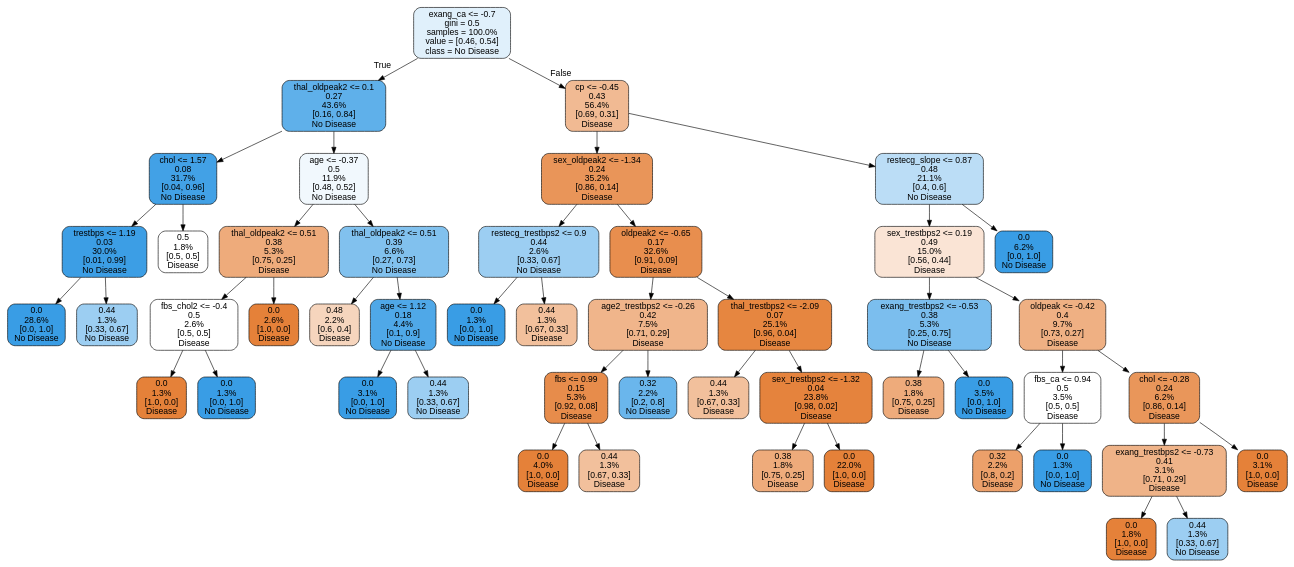
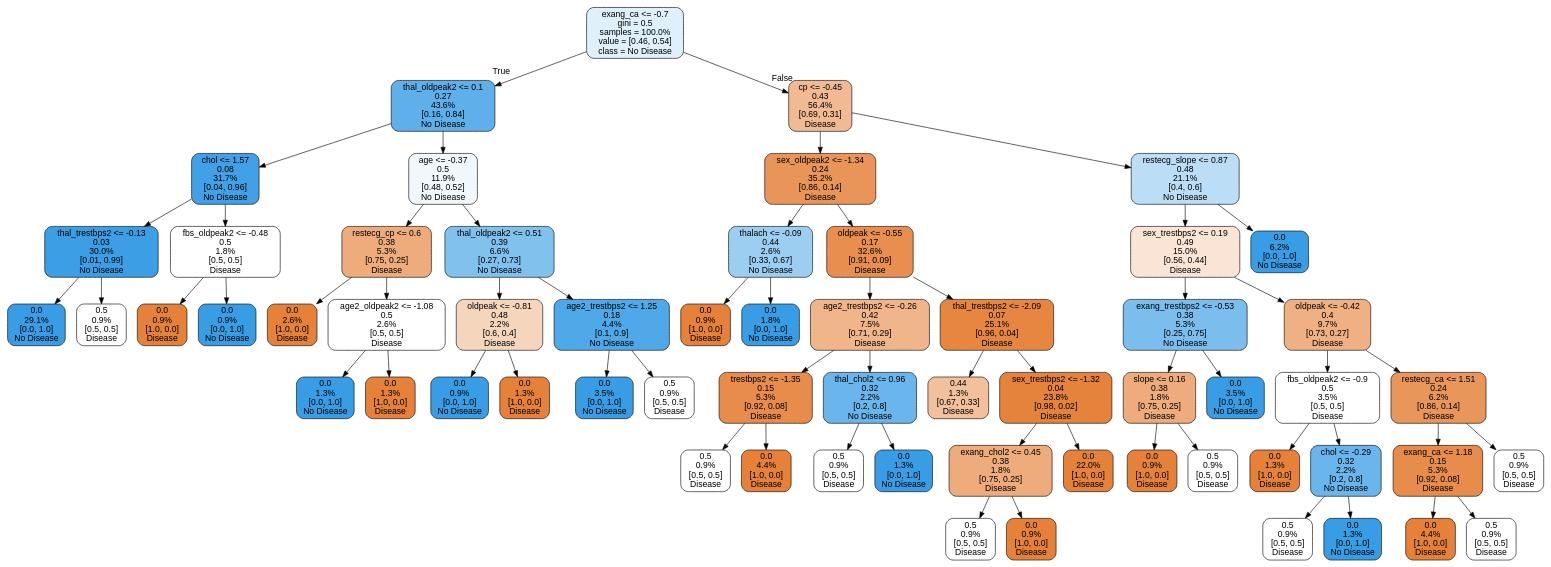
The diagram in research/tree.dot (zeydlitz/api_for_ml), drawn with Graphviz before and after one commit. The commit also changed 5 other files, not shown here.

```diff
--- a/research/tree.dot
+++ b/research/tree.dot
@@ -1,101 +1,125 @@
 digraph Tree {
 node [shape=box, style="filled, rounded", color="black", fontname=helvetica] ;
 edge [fontname=helvetica] ;
 0 [label="exang_ca <= -0.7\ngini = 0.5\nsamples = 100.0%\nvalue = [0.46, 0.54]\nclass = No Disease", fillcolor="#e0f0fb"] ;
 1 [label="thal_oldpeak2 <= 0.1\n0.27\n43.6%\n[0.16, 0.84]\nNo Disease", fillcolor="#5fb0ea"] ;
 0 -> 1 [labeldistance=2.5, labelangle=45, headlabel="True"] ;
 2 [label="chol <= 1.57\n0.08\n31.7%\n[0.04, 0.96]\nNo Disease", fillcolor="#42a1e6"] ;
 1 -> 2 ;
-3 [label="trestbps <= 1.19\n0.03\n30.0%\n[0.01, 0.99]\nNo Disease", fillcolor="#3c9ee5"] ;
+3 [label="thal_trestbps2 <= -0.13\n0.03\n30.0%\n[0.01, 0.99]\nNo Disease", fillcolor="#3c9ee5"] ;
 2 -> 3 ;
-4 [label="0.0\n28.6%\n[0.0, 1.0]\nNo Disease", fillcolor="#399de5"] ;
+4 [label="0.0\n29.1%\n[0.0, 1.0]\nNo Disease", fillcolor="#399de5"] ;
 3 -> 4 ;
-5 [label="0.44\n1.3%\n[0.33, 0.67]\nNo Disease", fillcolor="#9ccef2"] ;
+5 [label="0.5\n0.9%\n[0.5, 0.5]\nDisease", fillcolor="#ffffff"] ;
 3 -> 5 ;
-6 [label="0.5\n1.8%\n[0.5, 0.5]\nDisease", fillcolor="#ffffff"] ;
+6 [label="fbs_oldpeak2 <= -0.48\n0.5\n1.8%\n[0.5, 0.5]\nDisease", fillcolor="#ffffff"] ;
 2 -> 6 ;
-7 [label="age <= -0.37\n0.5\n11.9%\n[0.48, 0.52]\nNo Disease", fillcolor="#f1f8fd"] ;
-1 -> 7 ;
-8 [label="thal_oldpeak2 <= 0.51\n0.38\n5.3%\n[0.75, 0.25]\nDisease", fillcolor="#eeab7b"] ;
-7 -> 8 ;
-9 [label="fbs_chol2 <= -0.4\n0.5\n2.6%\n[0.5, 0.5]\nDisease", fillcolor="#ffffff"] ;
-8 -> 9 ;
-10 [label="0.0\n1.3%\n[1.0, 0.0]\nDisease", fillcolor="#e58139"] ;
+7 [label="0.0\n0.9%\n[1.0, 0.0]\nDisease", fillcolor="#e58139"] ;
+6 -> 7 ;
+8 [label="0.0\n0.9%\n[0.0, 1.0]\nNo Disease", fillcolor="#399de5"] ;
+6 -> 8 ;
+9 [label="age <= -0.37\n0.5\n11.9%\n[0.48, 0.52]\nNo Disease", fillcolor="#f1f8fd"] ;
+1 -> 9 ;
+10 [label="restecg_cp <= 0.6\n0.38\n5.3%\n[0.75, 0.25]\nDisease", fillcolor="#eeab7b"] ;
 9 -> 10 ;
-11 [label="0.0\n1.3%\n[0.0, 1.0]\nNo Disease", fillcolor="#399de5"] ;
-9 -> 11 ;
-12 [label="0.0\n2.6%\n[1.0, 0.0]\nDisease", fillcolor="#e58139"] ;
-8 -> 12 ;
-13 [label="thal_oldpeak2 <= 0.51\n0.39\n6.6%\n[0.27, 0.73]\nNo Disease", fillcolor="#81c1ee"] ;
-7 -> 13 ;
-14 [label="0.48\n2.2%\n[0.6, 0.4]\nDisease", fillcolor="#f6d5bd"] ;
-13 -> 14 ;
-15 [label="age <= 1.12\n0.18\n4.4%\n[0.1, 0.9]\nNo Disease", fillcolor="#4fa8e8"] ;
-13 -> 15 ;
-16 [label="0.0\n3.1%\n[0.0, 1.0]\nNo Disease", fillcolor="#399de5"] ;
+11 [label="0.0\n2.6%\n[1.0, 0.0]\nDisease", fillcolor="#e58139"] ;
+10 -> 11 ;
+12 [label="age2_oldpeak2 <= -1.08\n0.5\n2.6%\n[0.5, 0.5]\nDisease", fillcolor="#ffffff"] ;
+10 -> 12 ;
+13 [label="0.0\n1.3%\n[0.0, 1.0]\nNo Disease", fillcolor="#399de5"] ;
+12 -> 13 ;
+14 [label="0.0\n1.3%\n[1.0, 0.0]\nDisease", fillcolor="#e58139"] ;
+12 -> 14 ;
+15 [label="thal_oldpeak2 <= 0.51\n0.39\n6.6%\n[0.27, 0.73]\nNo Disease", fillcolor="#81c1ee"] ;
+9 -> 15 ;
+16 [label="oldpeak <= -0.81\n0.48\n2.2%\n[0.6, 0.4]\nDisease", fillcolor="#f6d5bd"] ;
 15 -> 16 ;
-17 [label="0.44\n1.3%\n[0.33, 0.67]\nNo Disease", fillcolor="#9ccef2"] ;
-15 -> 17 ;
-18 [label="cp <= -0.45\n0.43\n56.4%\n[0.69, 0.31]\nDisease", fillcolor="#f1ba93"] ;
-0 -> 18 [labeldistance=2.5, labelangle=-45, headlabel="False"] ;
-19 [label="sex_oldpeak2 <= -1.34\n0.24\n35.2%\n[0.86, 0.14]\nDisease", fillcolor="#e99559"] ;
-18 -> 19 ;
-20 [label="restecg_trestbps2 <= 0.9\n0.44\n2.6%\n[0.33, 0.67]\nNo Disease", fillcolor="#9ccef2"] ;
+17 [label="0.0\n0.9%\n[0.0, 1.0]\nNo Disease", fillcolor="#399de5"] ;
+16 -> 17 ;
+18 [label="0.0\n1.3%\n[1.0, 0.0]\nDisease", fillcolor="#e58139"] ;
+16 -> 18 ;
+19 [label="age2_trestbps2 <= 1.25\n0.18\n4.4%\n[0.1, 0.9]\nNo Disease", fillcolor="#4fa8e8"] ;
+15 -> 19 ;
+20 [label="0.0\n3.5%\n[0.0, 1.0]\nNo Disease", fillcolor="#399de5"] ;
 19 -> 20 ;
-21 [label="0.0\n1.3%\n[0.0, 1.0]\nNo Disease", fillcolor="#399de5"] ;
-20 -> 21 ;
-22 [label="0.44\n1.3%\n[0.67, 0.33]\nDisease", fillcolor="#f2c09c"] ;
-20 -> 22 ;
-23 [label="oldpeak2 <= -0.65\n0.17\n32.6%\n[0.91, 0.09]\nDisease", fillcolor="#e88e4e"] ;
-19 -> 23 ;
-24 [label="age2_trestbps2 <= -0.26\n0.42\n7.5%\n[0.71, 0.29]\nDisease", fillcolor="#f0b58b"] ;
+21 [label="0.5\n0.9%\n[0.5, 0.5]\nDisease", fillcolor="#ffffff"] ;
+19 -> 21 ;
+22 [label="cp <= -0.45\n0.43\n56.4%\n[0.69, 0.31]\nDisease", fillcolor="#f1ba93"] ;
+0 -> 22 [labeldistance=2.5, labelangle=-45, headlabel="False"] ;
+23 [label="sex_oldpeak2 <= -1.34\n0.24\n35.2%\n[0.86, 0.14]\nDisease", fillcolor="#e99559"] ;
+22 -> 23 ;
+24 [label="thalach <= -0.09\n0.44\n2.6%\n[0.33, 0.67]\nNo Disease", fillcolor="#9ccef2"] ;
 23 -> 24 ;
-25 [label="fbs <= 0.99\n0.15\n5.3%\n[0.92, 0.08]\nDisease", fillcolor="#e78c4b"] ;
+25 [label="0.0\n0.9%\n[1.0, 0.0]\nDisease", fillcolor="#e58139"] ;
 24 -> 25 ;
-26 [label="0.0\n4.0%\n[1.0, 0.0]\nDisease", fillcolor="#e58139"] ;
-25 -> 26 ;
-27 [label="0.44\n1.3%\n[0.67, 0.33]\nDisease", fillcolor="#f2c09c"] ;
-25 -> 27 ;
-28 [label="0.32\n2.2%\n[0.2, 0.8]\nNo Disease", fillcolor="#6ab6ec"] ;
-24 -> 28 ;
-29 [label="thal_trestbps2 <= -2.09\n0.07\n25.1%\n[0.96, 0.04]\nDisease", fillcolor="#e68640"] ;
-23 -> 29 ;
-30 [label="0.44\n1.3%\n[0.67, 0.33]\nDisease", fillcolor="#f2c09c"] ;
+26 [label="0.0\n1.8%\n[0.0, 1.0]\nNo Disease", fillcolor="#399de5"] ;
+24 -> 26 ;
+27 [label="oldpeak <= -0.55\n0.17\n32.6%\n[0.91, 0.09]\nDisease", fillcolor="#e88e4e"] ;
+23 -> 27 ;
+28 [label="age2_trestbps2 <= -0.26\n0.42\n7.5%\n[0.71, 0.29]\nDisease", fillcolor="#f0b58b"] ;
+27 -> 28 ;
+29 [label="trestbps2 <= -1.35\n0.15\n5.3%\n[0.92, 0.08]\nDisease", fillcolor="#e78c4b"] ;
+28 -> 29 ;
+30 [label="0.5\n0.9%\n[0.5, 0.5]\nDisease", fillcolor="#ffffff"] ;
 29 -> 30 ;
-31 [label="sex_trestbps2 <= -1.32\n0.04\n23.8%\n[0.98, 0.02]\nDisease", fillcolor="#e5833d"] ;
+31 [label="0.0\n4.4%\n[1.0, 0.0]\nDisease", fillcolor="#e58139"] ;
 29 -> 31 ;
-32 [label="0.38\n1.8%\n[0.75, 0.25]\nDisease", fillcolor="#eeab7b"] ;
-31 -> 32 ;
-33 [label="0.0\n22.0%\n[1.0, 0.0]\nDisease", fillcolor="#e58139"] ;
-31 -> 33 ;
-34 [label="restecg_slope <= 0.87\n0.48\n21.1%\n[0.4, 0.6]\nNo Disease", fillcolor="#bbddf6"] ;
-18 -> 34 ;
-35 [label="sex_trestbps2 <= 0.19\n0.49\n15.0%\n[0.56, 0.44]\nDisease", fillcolor="#fae4d5"] ;
-34 -> 35 ;
-36 [label="exang_trestbps2 <= -0.53\n0.38\n5.3%\n[0.25, 0.75]\nNo Disease", fillcolor="#7bbeee"] ;
+32 [label="thal_chol2 <= 0.96\n0.32\n2.2%\n[0.2, 0.8]\nNo Disease", fillcolor="#6ab6ec"] ;
+28 -> 32 ;
+33 [label="0.5\n0.9%\n[0.5, 0.5]\nDisease", fillcolor="#ffffff"] ;
+32 -> 33 ;
+34 [label="0.0\n1.3%\n[0.0, 1.0]\nNo Disease", fillcolor="#399de5"] ;
+32 -> 34 ;
+35 [label="thal_trestbps2 <= -2.09\n0.07\n25.1%\n[0.96, 0.04]\nDisease", fillcolor="#e68640"] ;
+27 -> 35 ;
+36 [label="0.44\n1.3%\n[0.67, 0.33]\nDisease", fillcolor="#f2c09c"] ;
 35 -> 36 ;
-37 [label="0.38\n1.8%\n[0.75, 0.25]\nDisease", fillcolor="#eeab7b"] ;
-36 -> 37 ;
-38 [label="0.0\n3.5%\n[0.0, 1.0]\nNo Disease", fillcolor="#399de5"] ;
-36 -> 38 ;
-39 [label="oldpeak <= -0.42\n0.4\n9.7%\n[0.73, 0.27]\nDisease", fillcolor="#efb083"] ;
-35 -> 39 ;
-40 [label="fbs_ca <= 0.94\n0.5\n3.5%\n[0.5, 0.5]\nDisease", fillcolor="#ffffff"] ;
-39 -> 40 ;
-41 [label="0.32\n2.2%\n[0.8, 0.2]\nDisease", fillcolor="#eca06a"] ;
-40 -> 41 ;
-42 [label="0.0\n1.3%\n[0.0, 1.0]\nNo Disease", fillcolor="#399de5"] ;
-40 -> 42 ;
-43 [label="chol <= -0.28\n0.24\n6.2%\n[0.86, 0.14]\nDisease", fillcolor="#e9965a"] ;
-39 -> 43 ;
-44 [label="exang_trestbps2 <= -0.73\n0.41\n3.1%\n[0.71, 0.29]\nDisease", fillcolor="#efb388"] ;
+37 [label="sex_trestbps2 <= -1.32\n0.04\n23.8%\n[0.98, 0.02]\nDisease", fillcolor="#e5833d"] ;
+35 -> 37 ;
+38 [label="exang_chol2 <= 0.45\n0.38\n1.8%\n[0.75, 0.25]\nDisease", fillcolor="#eeab7b"] ;
+37 -> 38 ;
+39 [label="0.5\n0.9%\n[0.5, 0.5]\nDisease", fillcolor="#ffffff"] ;
+38 -> 39 ;
+40 [label="0.0\n0.9%\n[1.0, 0.0]\nDisease", fillcolor="#e58139"] ;
+38 -> 40 ;
+41 [label="0.0\n22.0%\n[1.0, 0.0]\nDisease", fillcolor="#e58139"] ;
+37 -> 41 ;
+42 [label="restecg_slope <= 0.87\n0.48\n21.1%\n[0.4, 0.6]\nNo Disease", fillcolor="#bbddf6"] ;
+22 -> 42 ;
+43 [label="sex_trestbps2 <= 0.19\n0.49\n15.0%\n[0.56, 0.44]\nDisease", fillcolor="#fae4d5"] ;
+42 -> 43 ;
+44 [label="exang_trestbps2 <= -0.53\n0.38\n5.3%\n[0.25, 0.75]\nNo Disease", fillcolor="#7bbeee"] ;
 43 -> 44 ;
-45 [label="0.0\n1.8%\n[1.0, 0.0]\nDisease", fillcolor="#e58139"] ;
+45 [label="slope <= 0.16\n0.38\n1.8%\n[0.75, 0.25]\nDisease", fillcolor="#eeab7b"] ;
 44 -> 45 ;
-46 [label="0.44\n1.3%\n[0.33, 0.67]\nNo Disease", fillcolor="#9ccef2"] ;
-44 -> 46 ;
-47 [label="0.0\n3.1%\n[1.0, 0.0]\nDisease", fillcolor="#e58139"] ;
-43 -> 47 ;
-48 [label="0.0\n6.2%\n[0.0, 1.0]\nNo Disease", fillcolor="#399de5"] ;
-34 -> 48 ;
+46 [label="0.0\n0.9%\n[1.0, 0.0]\nDisease", fillcolor="#e58139"] ;
+45 -> 46 ;
+47 [label="0.5\n0.9%\n[0.5, 0.5]\nDisease", fillcolor="#ffffff"] ;
+45 -> 47 ;
+48 [label="0.0\n3.5%\n[0.0, 1.0]\nNo Disease", fillcolor="#399de5"] ;
+44 -> 48 ;
+49 [label="oldpeak <= -0.42\n0.4\n9.7%\n[0.73, 0.27]\nDisease", fillcolor="#efb083"] ;
+43 -> 49 ;
+50 [label="fbs_oldpeak2 <= -0.9\n0.5\n3.5%\n[0.5, 0.5]\nDisease", fillcolor="#ffffff"] ;
+49 -> 50 ;
+51 [label="0.0\n1.3%\n[1.0, 0.0]\nDisease", fillcolor="#e58139"] ;
+50 -> 51 ;
+52 [label="chol <= -0.29\n0.32\n2.2%\n[0.2, 0.8]\nNo Disease", fillcolor="#6ab6ec"] ;
+50 -> 52 ;
+53 [label="0.5\n0.9%\n[0.5, 0.5]\nDisease", fillcolor="#ffffff"] ;
+52 -> 53 ;
+54 [label="0.0\n1.3%\n[0.0, 1.0]\nNo Disease", fillcolor="#399de5"] ;
+52 -> 54 ;
+55 [label="restecg_ca <= 1.51\n0.24\n6.2%\n[0.86, 0.14]\nDisease", fillcolor="#e9965a"] ;
+49 -> 55 ;
+56 [label="exang_ca <= 1.18\n0.15\n5.3%\n[0.92, 0.08]\nDisease", fillcolor="#e78c4b"] ;
+55 -> 56 ;
+57 [label="0.0\n4.4%\n[1.0, 0.0]\nDisease", fillcolor="#e58139"] ;
+56 -> 57 ;
+58 [label="0.5\n0.9%\n[0.5, 0.5]\nDisease", fillcolor="#ffffff"] ;
+56 -> 58 ;
+59 [label="0.5\n0.9%\n[0.5, 0.5]\nDisease", fillcolor="#ffffff"] ;
+55 -> 59 ;
+60 [label="0.0\n6.2%\n[0.0, 1.0]\nNo Disease", fillcolor="#399de5"] ;
+42 -> 60 ;
 }
```
